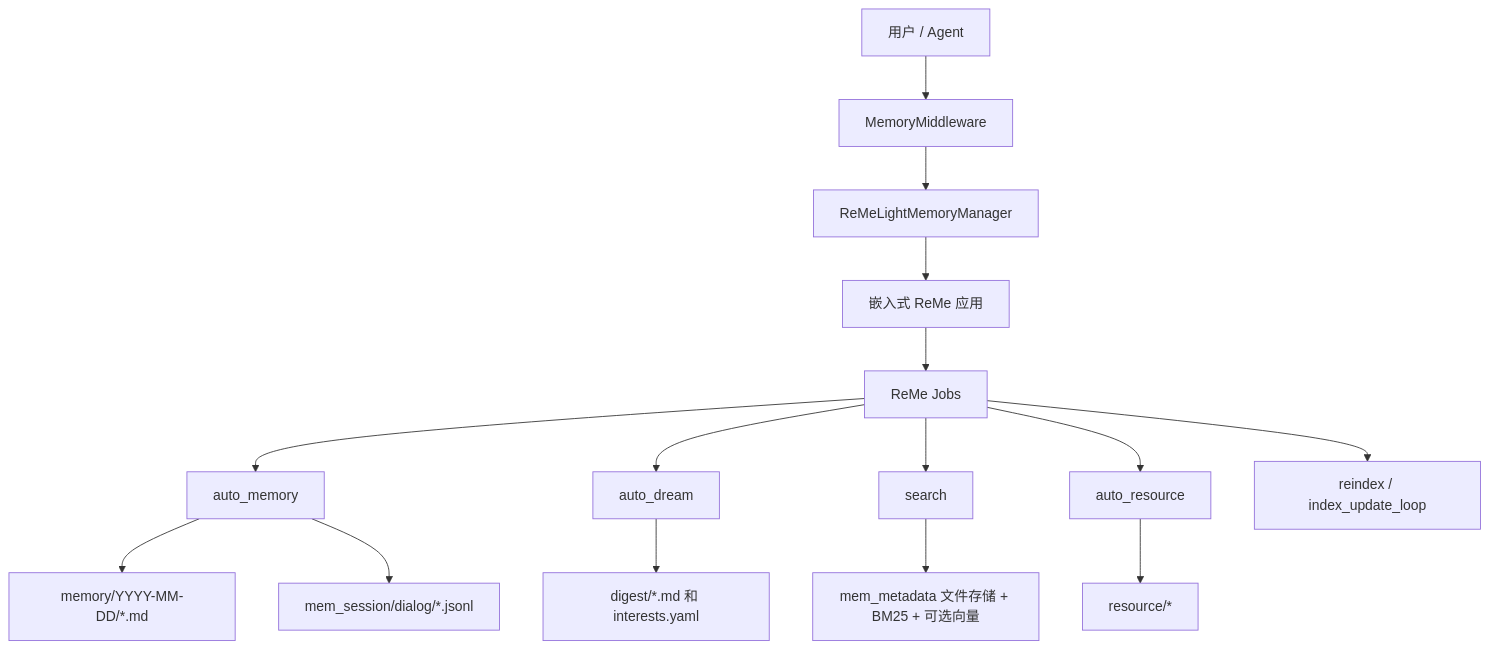
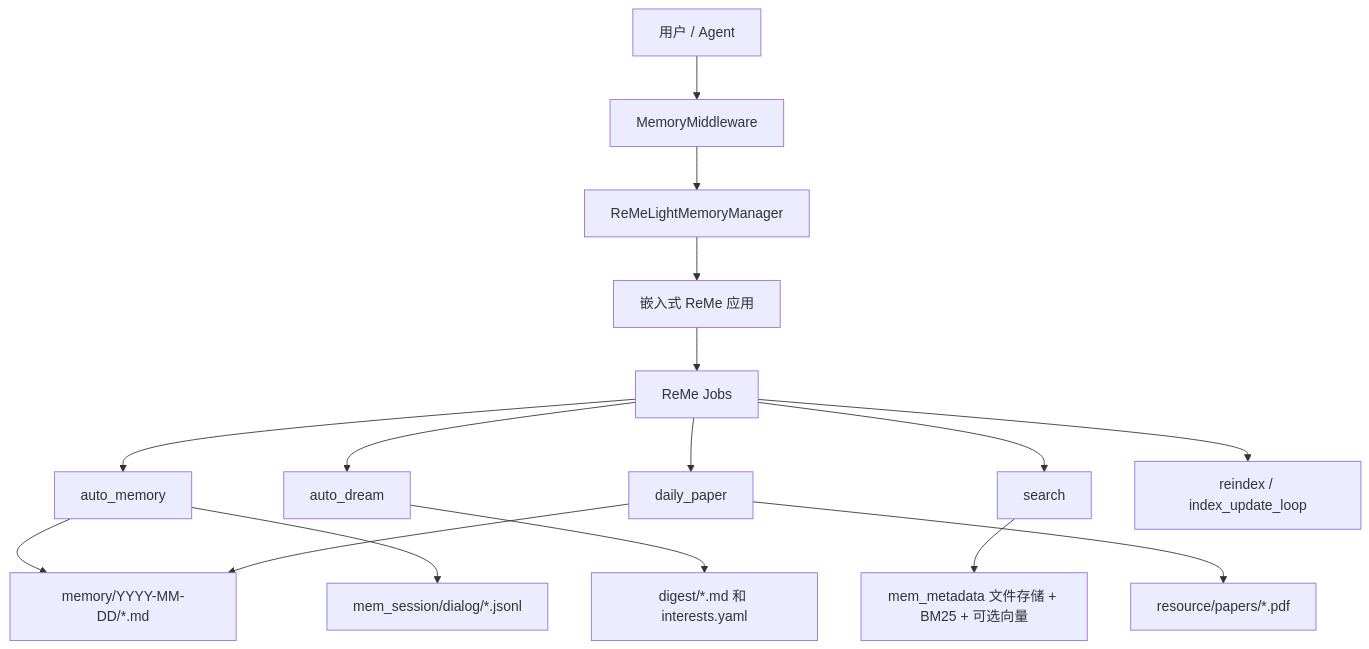
Before and after one commit to 1105623876/QwenPaw: the first of 2 diagrams in website/public/docs/memory.zh.md, drawn with Mermaid. The commit also changed other lines of this file and 62 other files, not shown here.

Commit message:
feat(memory): add embedding hot updates and Daily Paper to ReMe Light (#6772)

````diff
--- a/website/public/docs/memory.zh.md
+++ b/website/public/docs/memory.zh.md
@@ -25,17 +25,18 @@
 ```mermaid
 graph TB
     User[用户 / Agent] --> Middleware[MemoryMiddleware]
     Middleware --> Manager[ReMeLightMemoryManager]
     Manager --> ReMe[嵌入式 ReMe 应用]
     ReMe --> Jobs[ReMe Jobs]
     Jobs --> AutoMemory[auto_memory]
     Jobs --> AutoDream[auto_dream]
     Jobs --> Search[search]
-    Jobs --> Resource[auto_resource]
+    Jobs --> DailyPaper[daily_paper]
     Jobs --> Reindex[reindex / index_update_loop]
     AutoMemory --> Daily[memory/YYYY-MM-DD/*.md]
     AutoMemory --> Session[mem_session/dialog/*.jsonl]
     AutoDream --> Digest[digest/*.md 和 interests.yaml]
-    Resource --> ResourceDir[resource/*]
+    DailyPaper --> ResourceDir[resource/papers/*.pdf]
+    DailyPaper --> Daily
     Search --> Store[mem_metadata 文件存储 + BM25 + 可选向量]
 ```
````
